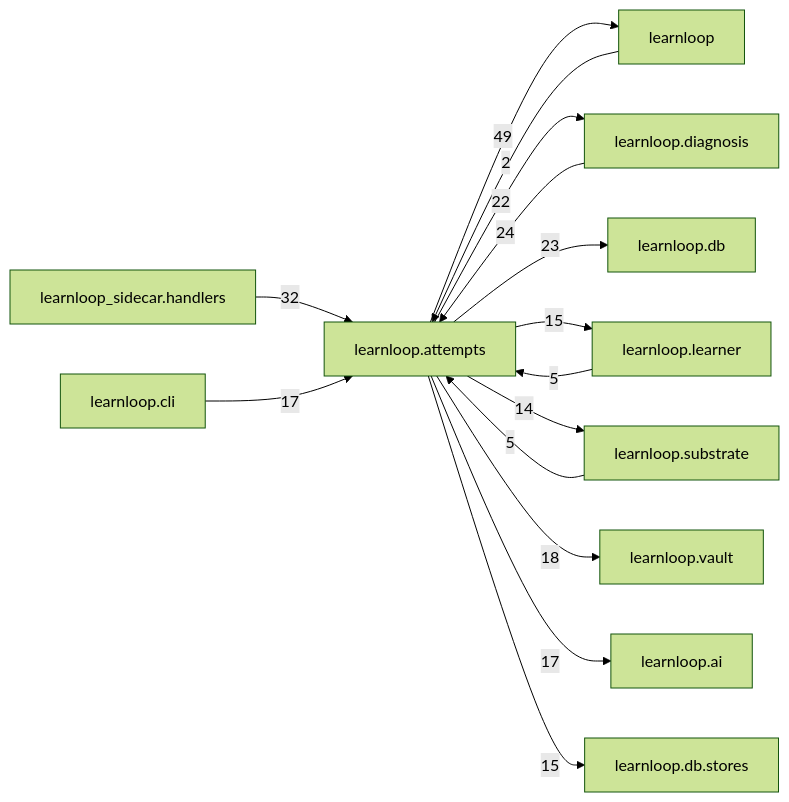
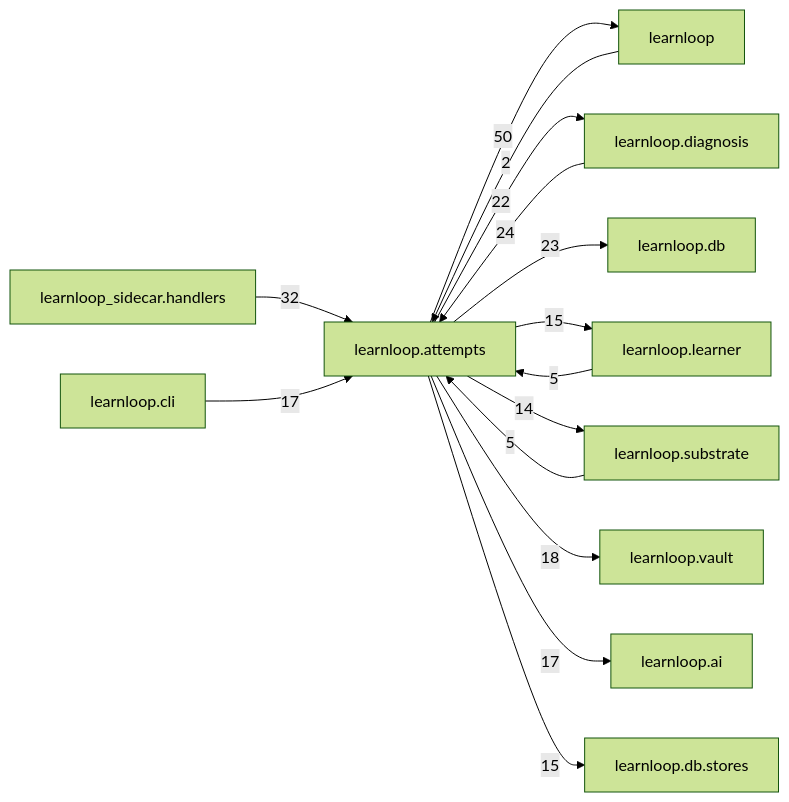
The diagram in docs/learnloop-architecture-vault/Reference/Modules/learnloop/attempts/_package.md (6up-b/learnanything), drawn with Mermaid (forest theme) before and after one commit. The commit also changed other lines of this file and 37 other files, not shown here.

````diff
--- a/docs/learnloop-architecture-vault/Reference/Modules/learnloop/attempts/_package.md
+++ b/docs/learnloop-architecture-vault/Reference/Modules/learnloop/attempts/_package.md
@@ -181,28 +181,28 @@
 ```mermaid
 flowchart LR
     center["learnloop.attempts"]
     n_learnloop["learnloop"]
     n_learnloop_diagnosis["learnloop.diagnosis"]
     n_learnloop_sidecar_handlers["learnloop_sidecar.handlers"]
     n_learnloop_db["learnloop.db"]
     n_learnloop_learner["learnloop.learner"]
     n_learnloop_substrate["learnloop.substrate"]
     n_learnloop_vault["learnloop.vault"]
     n_learnloop_ai["learnloop.ai"]
     n_learnloop_cli["learnloop.cli"]
     n_learnloop_db_stores["learnloop.db.stores"]
     n_learnloop -->|2| center
-    center -->|49| n_learnloop
+    center -->|50| n_learnloop
     n_learnloop_diagnosis -->|24| center
     center -->|22| n_learnloop_diagnosis
     n_learnloop_sidecar_handlers -->|32| center
     center -->|23| n_learnloop_db
     n_learnloop_learner -->|5| center
     center -->|15| n_learnloop_learner
     n_learnloop_substrate -->|5| center
     center -->|14| n_learnloop_substrate
     center -->|18| n_learnloop_vault
     center -->|17| n_learnloop_ai
     n_learnloop_cli -->|17| center
     center -->|15| n_learnloop_db_stores
 ```
````
